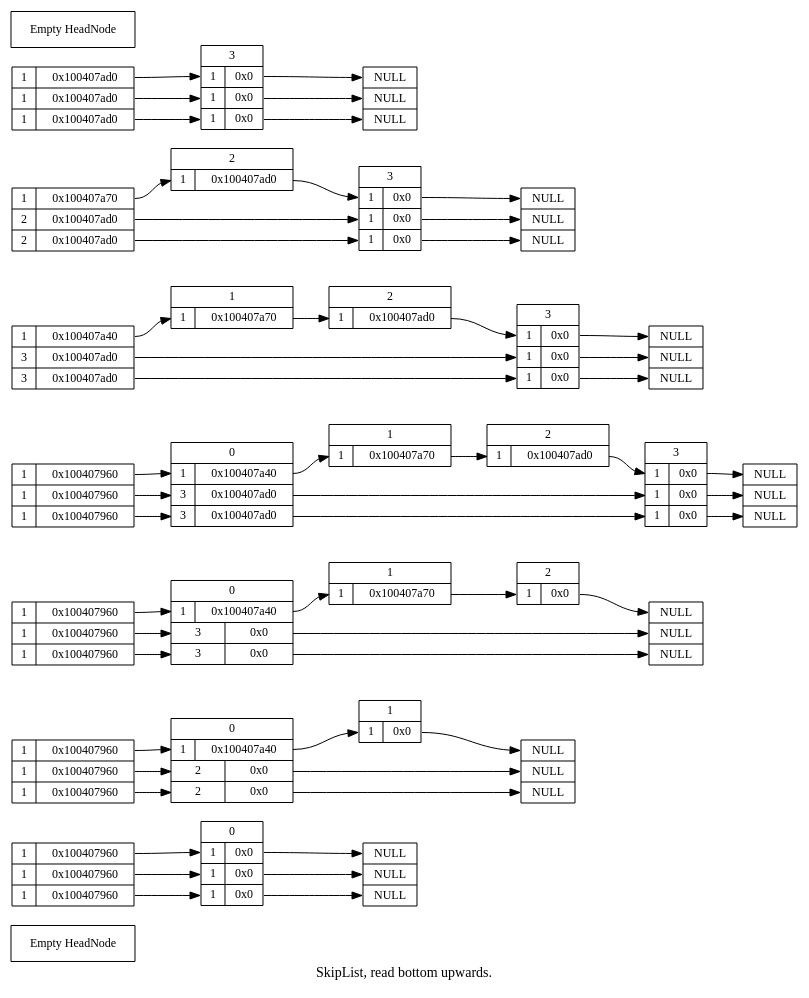
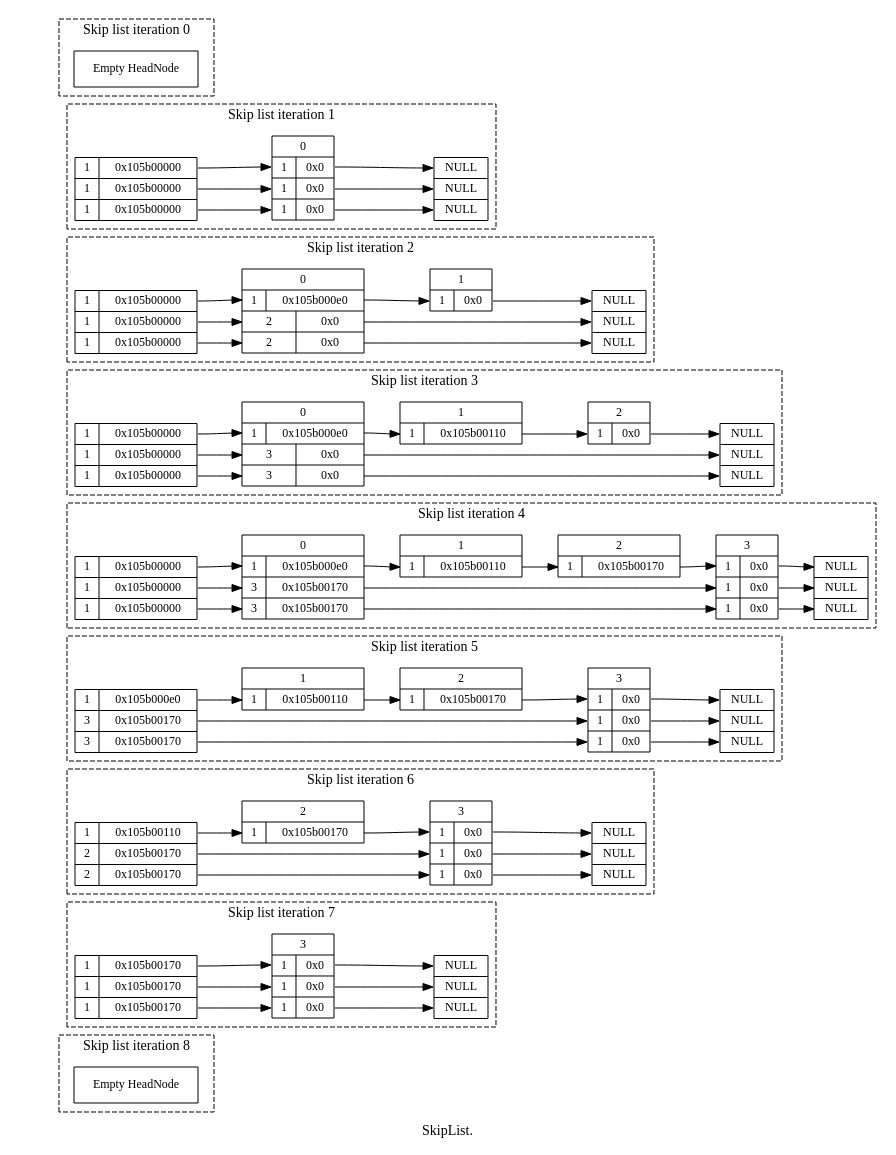
Before and after one commit to paulross/skiplist: the diagram in doc/skiplist_visualisation/dot/doc_insert_remove_25_percent.dot, drawn with Graphviz. The commit also changed 31 other files, not shown here.

```diff
--- a/doc/skiplist_visualisation/dot/doc_insert_remove_25_percent.dot
+++ b/doc/skiplist_visualisation/dot/doc_insert_remove_25_percent.dot
@@ -1,167 +1,223 @@
 # doc_insert_remove
 digraph SkipList {
-label = "SkipList, read bottom upwards."
+label = "SkipList."
 graph [rankdir = "LR"];
 node [fontsize = "12" shape = "ellipse"];
 edge [];
-"HeadNode" [
+
+subgraph cluster0 {
+style=dashed
+label="Skip list iteration 0"
+"HeadNode0" [
 label = "Empty HeadNode"
 shape = "record"
 ];
+}
+
+subgraph cluster1 {
+style=dashed
+label="Skip list iteration 1"
 "HeadNode1" [
-label = "{ 1 | <f0> 0x100407960} | { 1 | <f1> 0x100407960} | { 1 | <f2> 0x100407960}"
+label = "{ 1 | <f0> 0x105b00000} | { 1 | <f1> 0x105b00000} | { 1 | <f2> 0x105b00000}"
 shape = "record"
 ];
 "node10x0" [label = "<w1> NULL | <w2> NULL | <w3> NULL" shape = "record"];
-"HeadNode1":f0 -> "node10x100407960":w1 [];
-"HeadNode1":f1 -> "node10x100407960":w2 [];
-"HeadNode1":f2 -> "node10x100407960":w3 [];
-"node10x100407960" [
+"HeadNode1":f0 -> "node10x105b00000":w1 [];
+"HeadNode1":f1 -> "node10x105b00000":w2 [];
+"HeadNode1":f2 -> "node10x105b00000":w3 [];
+"node10x105b00000" [
 label = "<f0> 0 | { <w1> 1 | <f1> 0x0 } | { <w2> 1 | <f2> 0x0 } | { <w3> 1 | <f3> 0x0 }"
 shape = "record"
 ];
-"node10x100407960":f1 -> "node10x0":w1 [];
-"node10x100407960":f2 -> "node10x0":w2 [];
-"node10x100407960":f3 -> "node10x0":w3 [];
+"node10x105b00000":f1 -> "node10x0":w1 [];
+"node10x105b00000":f2 -> "node10x0":w2 [];
+"node10x105b00000":f3 -> "node10x0":w3 [];
+}
+
+subgraph cluster2 {
+style=dashed
+label="Skip list iteration 2"
 "HeadNode2" [
-label = "{ 1 | <f0> 0x100407960} | { 1 | <f1> 0x100407960} | { 1 | <f2> 0x100407960}"
+label = "{ 1 | <f0> 0x105b00000} | { 1 | <f1> 0x105b00000} | { 1 | <f2> 0x105b00000}"
 shape = "record"
 ];
 "node20x0" [label = "<w1> NULL | <w2> NULL | <w3> NULL" shape = "record"];
-"HeadNode2":f0 -> "node20x100407960":w1 [];
-"HeadNode2":f1 -> "node20x100407960":w2 [];
-"HeadNode2":f2 -> "node20x100407960":w3 [];
-"node20x100407960" [
-label = "<f0> 0 | { <w1> 1 | <f1> 0x100407a40 } | { <w2> 2 | <f2> 0x0 } | { <w3> 2 | <f3> 0x0 }"
+"HeadNode2":f0 -> "node20x105b00000":w1 [];
+"HeadNode2":f1 -> "node20x105b00000":w2 [];
+"HeadNode2":f2 -> "node20x105b00000":w3 [];
+"node20x105b00000" [
+label = "<f0> 0 | { <w1> 1 | <f1> 0x105b000e0 } | { <w2> 2 | <f2> 0x0 } | { <w3> 2 | <f3> 0x0 }"
 shape = "record"
 ];
-"node20x100407960":f1 -> "node20x100407a40":w1 [];
-"node20x100407960":f2 -> "node20x0":w2 [];
-"node20x100407960":f3 -> "node20x0":w3 [];
-"node20x100407a40" [
+"node20x105b00000":f1 -> "node20x105b000e0":w1 [];
+"node20x105b00000":f2 -> "node20x0":w2 [];
+"node20x105b00000":f3 -> "node20x0":w3 [];
+"node20x105b000e0" [
 label = "<f0> 1 | { <w1> 1 | <f1> 0x0 }"
 shape = "record"
 ];
-"node20x100407a40":f1 -> "node20x0":w1 [];
+"node20x105b000e0":f1 -> "node20x0":w1 [];
+}
+
+subgraph cluster3 {
+style=dashed
+label="Skip list iteration 3"
 "HeadNode3" [
-label = "{ 1 | <f0> 0x100407960} | { 1 | <f1> 0x100407960} | { 1 | <f2> 0x100407960}"
+label = "{ 1 | <f0> 0x105b00000} | { 1 | <f1> 0x105b00000} | { 1 | <f2> 0x105b00000}"
 shape = "record"
 ];
 "node30x0" [label = "<w1> NULL | <w2> NULL | <w3> NULL" shape = "record"];
-"HeadNode3":f0 -> "node30x100407960":w1 [];
-"HeadNode3":f1 -> "node30x100407960":w2 [];
-"HeadNode3":f2 -> "node30x100407960":w3 [];
-"node30x100407960" [
-label = "<f0> 0 | { <w1> 1 | <f1> 0x100407a40 } | { <w2> 3 | <f2> 0x0 } | { <w3> 3 | <f3> 0x0 }"
+"HeadNode3":f0 -> "node30x105b00000":w1 [];
+"HeadNode3":f1 -> "node30x105b00000":w2 [];
+"HeadNode3":f2 -> "node30x105b00000":w3 [];
+"node30x105b00000" [
+label = "<f0> 0 | { <w1> 1 | <f1> 0x105b000e0 } | { <w2> 3 | <f2> 0x0 } | { <w3> 3 | <f3> 0x0 }"
 shape = "record"
 ];
-"node30x100407960":f1 -> "node30x100407a40":w1 [];
-"node30x100407960":f2 -> "node30x0":w2 [];
-"node30x100407960":f3 -> "node30x0":w3 [];
-"node30x100407a40" [
-label = "<f0> 1 | { <w1> 1 | <f1> 0x100407a70 }"
+"node30x105b00000":f1 -> "node30x105b000e0":w1 [];
+"node30x105b00000":f2 -> "node30x0":w2 [];
+"node30x105b00000":f3 -> "node30x0":w3 [];
+"node30x105b000e0" [
+label = "<f0> 1 | { <w1> 1 | <f1> 0x105b00110 }"
 shape = "record"
 ];
-"node30x100407a40":f1 -> "node30x100407a70":w1 [];
-"node30x100407a70" [
+"node30x105b000e0":f1 -> "node30x105b00110":w1 [];
+"node30x105b00110" [
 label = "<f0> 2 | { <w1> 1 | <f1> 0x0 }"
 shape = "record"
 ];
-"node30x100407a70":f1 -> "node30x0":w1 [];
+"node30x105b00110":f1 -> "node30x0":w1 [];
+}
+
+subgraph cluster4 {
+style=dashed
+label="Skip list iteration 4"
 "HeadNode4" [
-label = "{ 1 | <f0> 0x100407960} | { 1 | <f1> 0x100407960} | { 1 | <f2> 0x100407960}"
+label = "{ 1 | <f0> 0x105b00000} | { 1 | <f1> 0x105b00000} | { 1 | <f2> 0x105b00000}"
 shape = "record"
 ];
 "node40x0" [label = "<w1> NULL | <w2> NULL | <w3> NULL" shape = "record"];
-"HeadNode4":f0 -> "node40x100407960":w1 [];
-"HeadNode4":f1 -> "node40x100407960":w2 [];
-"HeadNode4":f2 -> "node40x100407960":w3 [];
-"node40x100407960" [
-label = "<f0> 0 | { <w1> 1 | <f1> 0x100407a40 } | { <w2> 3 | <f2> 0x100407ad0 } | { <w3> 3 | <f3> 0x100407ad0 }"
+"HeadNode4":f0 -> "node40x105b00000":w1 [];
+"HeadNode4":f1 -> "node40x105b00000":w2 [];
+"HeadNode4":f2 -> "node40x105b00000":w3 [];
+"node40x105b00000" [
+label = "<f0> 0 | { <w1> 1 | <f1> 0x105b000e0 } | { <w2> 3 | <f2> 0x105b00170 } | { <w3> 3 | <f3> 0x105b00170 }"
 shape = "record"
 ];
-"node40x100407960":f1 -> "node40x100407a40":w1 [];
-"node40x100407960":f2 -> "node40x100407ad0":w2 [];
-"node40x100407960":f3 -> "node40x100407ad0":w3 [];
-"node40x100407a40" [
-label = "<f0> 1 | { <w1> 1 | <f1> 0x100407a70 }"
+"node40x105b00000":f1 -> "node40x105b000e0":w1 [];
+"node40x105b00000":f2 -> "node40x105b00170":w2 [];
+"node40x105b00000":f3 -> "node40x105b00170":w3 [];
+"node40x105b000e0" [
+label = "<f0> 1 | { <w1> 1 | <f1> 0x105b00110 }"
 shape = "record"
 ];
-"node40x100407a40":f1 -> "node40x100407a70":w1 [];
-"node40x100407a70" [
-label = "<f0> 2 | { <w1> 1 | <f1> 0x100407ad0 }"
+"node40x105b000e0":f1 -> "node40x105b00110":w1 [];
+"node40x105b00110" [
+label = "<f0> 2 | { <w1> 1 | <f1> 0x105b00170 }"
 shape = "record"
 ];
-"node40x100407a70":f1 -> "node40x100407ad0":w1 [];
-"node40x100407ad0" [
+"node40x105b00110":f1 -> "node40x105b00170":w1 [];
+"node40x105b00170" [
 label = "<f0> 3 | { <w1> 1 | <f1> 0x0 } | { <w2> 1 | <f2> 0x0 } | { <w3> 1 | <f3> 0x0 }"
 shape = "record"
 ];
-"node40x100407ad0":f1 -> "node40x0":w1 [];
-"node40x100407ad0":f2 -> "node40x0":w2 [];
-"node40x100407ad0":f3 -> "node40x0":w3 [];
+"node40x105b00170":f1 -> "node40x0":w1 [];
+"node40x105b00170":f2 -> "node40x0":w2 [];
+"node40x105b00170":f3 -> "node40x0":w3 [];
+}
+
+subgraph cluster5 {
+style=dashed
+label="Skip list iteration 5"
 "HeadNode5" [
-label = "{ 1 | <f0> 0x100407a40} | { 3 | <f1> 0x100407ad0} | { 3 | <f2> 0x100407ad0}"
+label = "{ 1 | <f0> 0x105b000e0} | { 3 | <f1> 0x105b00170} | { 3 | <f2> 0x105b00170}"
 shape = "record"
 ];
 "node50x0" [label = "<w1> NULL | <w2> NULL | <w3> NULL" shape = "record"];
-"HeadNode5":f0 -> "node50x100407a40":w1 [];
-"HeadNode5":f1 -> "node50x100407ad0":w2 [];
-"HeadNode5":f2 -> "node50x100407ad0":w3 [];
-"node50x100407a40" [
-label = "<f0> 1 | { <w1> 1 | <f1> 0x100407a70 }"
+"HeadNode5":f0 -> "node50x105b000e0":w1 [];
+"HeadNode5":f1 -> "node50x105b00170":w2 [];
+"HeadNode5":f2 -> "node50x105b00170":w3 [];
+"node50x105b000e0" [
+label = "<f0> 1 | { <w1> 1 | <f1> 0x105b00110 }"
 shape = "record"
 ];
-"node50x100407a40":f1 -> "node50x100407a70":w1 [];
-"node50x100407a70" [
-label = "<f0> 2 | { <w1> 1 | <f1> 0x100407ad0 }"
+"node50x105b000e0":f1 -> "node50x105b00110":w1 [];
+"node50x105b00110" [
+label = "<f0> 2 | { <w1> 1 | <f1> 0x105b00170 }"
 shape = "record"
 ];
-"node50x100407a70":f1 -> "node50x100407ad0":w1 [];
-"node50x100407ad0" [
+"node50x105b00110":f1 -> "node50x105b00170":w1 [];
+"node50x105b00170" [
 label = "<f0> 3 | { <w1> 1 | <f1> 0x0 } | { <w2> 1 | <f2> 0x0 } | { <w3> 1 | <f3> 0x0 }"
 shape = "record"
 ];
-"node50x100407ad0":f1 -> "node50x0":w1 [];
-"node50x100407ad0":f2 -> "node50x0":w2 [];
-"node50x100407ad0":f3 -> "node50x0":w3 [];
+"node50x105b00170":f1 -> "node50x0":w1 [];
+"node50x105b00170":f2 -> "node50x0":w2 [];
+"node50x105b00170":f3 -> "node50x0":w3 [];
+}
+
+subgraph cluster6 {
+style=dashed
+label="Skip list iteration 6"
 "HeadNode6" [
-label = "{ 1 | <f0> 0x100407a70} | { 2 | <f1> 0x100407ad0} | { 2 | <f2> 0x100407ad0}"
+label = "{ 1 | <f0> 0x105b00110} | { 2 | <f1> 0x105b00170} | { 2 | <f2> 0x105b00170}"
 shape = "record"
 ];
 "node60x0" [label = "<w1> NULL | <w2> NULL | <w3> NULL" shape = "record"];
-"HeadNode6":f0 -> "node60x100407a70":w1 [];
-"HeadNode6":f1 -> "node60x100407ad0":w2 [];
-"HeadNode6":f2 -> "node60x100407ad0":w3 [];
-"node60x100407a70" [
-label = "<f0> 2 | { <w1> 1 | <f1> 0x100407ad0 }"
+"HeadNode6":f0 -> "node60x105b00110":w1 [];
+"HeadNode6":f1 -> "node60x105b00170":w2 [];
+"HeadNode6":f2 -> "node60x105b00170":w3 [];
+"node60x105b00110" [
+label = "<f0> 2 | { <w1> 1 | <f1> 0x105b00170 }"
 shape = "record"
 ];
-"node60x100407a70":f1 -> "node60x100407ad0":w1 [];
-"node60x100407ad0" [
+"node60x105b00110":f1 -> "node60x105b00170":w1 [];
+"node60x105b00170" [
 label = "<f0> 3 | { <w1> 1 | <f1> 0x0 } | { <w2> 1 | <f2> 0x0 } | { <w3> 1 | <f3> 0x0 }"
 shape = "record"
 ];
-"node60x100407ad0":f1 -> "node60x0":w1 [];
-"node60x100407ad0":f2 -> "node60x0":w2 [];
-"node60x100407ad0":f3 -> "node60x0":w3 [];
+"node60x105b00170":f1 -> "node60x0":w1 [];
+"node60x105b00170":f2 -> "node60x0":w2 [];
+"node60x105b00170":f3 -> "node60x0":w3 [];
+}
+
+subgraph cluster7 {
+style=dashed
+label="Skip list iteration 7"
 "HeadNode7" [
-label = "{ 1 | <f0> 0x100407ad0} | { 1 | <f1> 0x100407ad0} | { 1 | <f2> 0x100407ad0}"
+label = "{ 1 | <f0> 0x105b00170} | { 1 | <f1> 0x105b00170} | { 1 | <f2> 0x105b00170}"
 shape = "record"
 ];
 "node70x0" [label = "<w1> NULL | <w2> NULL | <w3> NULL" shape = "record"];
-"HeadNode7":f0 -> "node70x100407ad0":w1 [];
-"HeadNode7":f1 -> "node70x100407ad0":w2 [];
-"HeadNode7":f2 -> "node70x100407ad0":w3 [];
-"node70x100407ad0" [
+"HeadNode7":f0 -> "node70x105b00170":w1 [];
+"HeadNode7":f1 -> "node70x105b00170":w2 [];
+"HeadNode7":f2 -> "node70x105b00170":w3 [];
+"node70x105b00170" [
 label = "<f0> 3 | { <w1> 1 | <f1> 0x0 } | { <w2> 1 | <f2> 0x0 } | { <w3> 1 | <f3> 0x0 }"
 shape = "record"
 ];
-"node70x100407ad0":f1 -> "node70x0":w1 [];
-"node70x100407ad0":f2 -> "node70x0":w2 [];
-"node70x100407ad0":f3 -> "node70x0":w3 [];
+"node70x105b00170":f1 -> "node70x0":w1 [];
+"node70x105b00170":f2 -> "node70x0":w2 [];
+"node70x105b00170":f3 -> "node70x0":w3 [];
+}
+
+subgraph cluster8 {
+style=dashed
+label="Skip list iteration 8"
 "HeadNode8" [
 label = "Empty HeadNode"
 shape = "record"
 ];
 }
+
+node0 [shape=record, label = "<f0> | <f1> | <f2> | <f3> | <f4> | <f5> | <f6> | <f7> | <f8> | ", style=invis, width=0.01];
+node0:f0 -> HeadNode0 [style=invis];
+node0:f1 -> HeadNode1 [style=invis];
+node0:f2 -> HeadNode2 [style=invis];
+node0:f3 -> HeadNode3 [style=invis];
+node0:f4 -> HeadNode4 [style=invis];
+node0:f5 -> HeadNode5 [style=invis];
+node0:f6 -> HeadNode6 [style=invis];
+node0:f7 -> HeadNode7 [style=invis];
+node0:f8 -> HeadNode8 [style=invis];
+}
```
